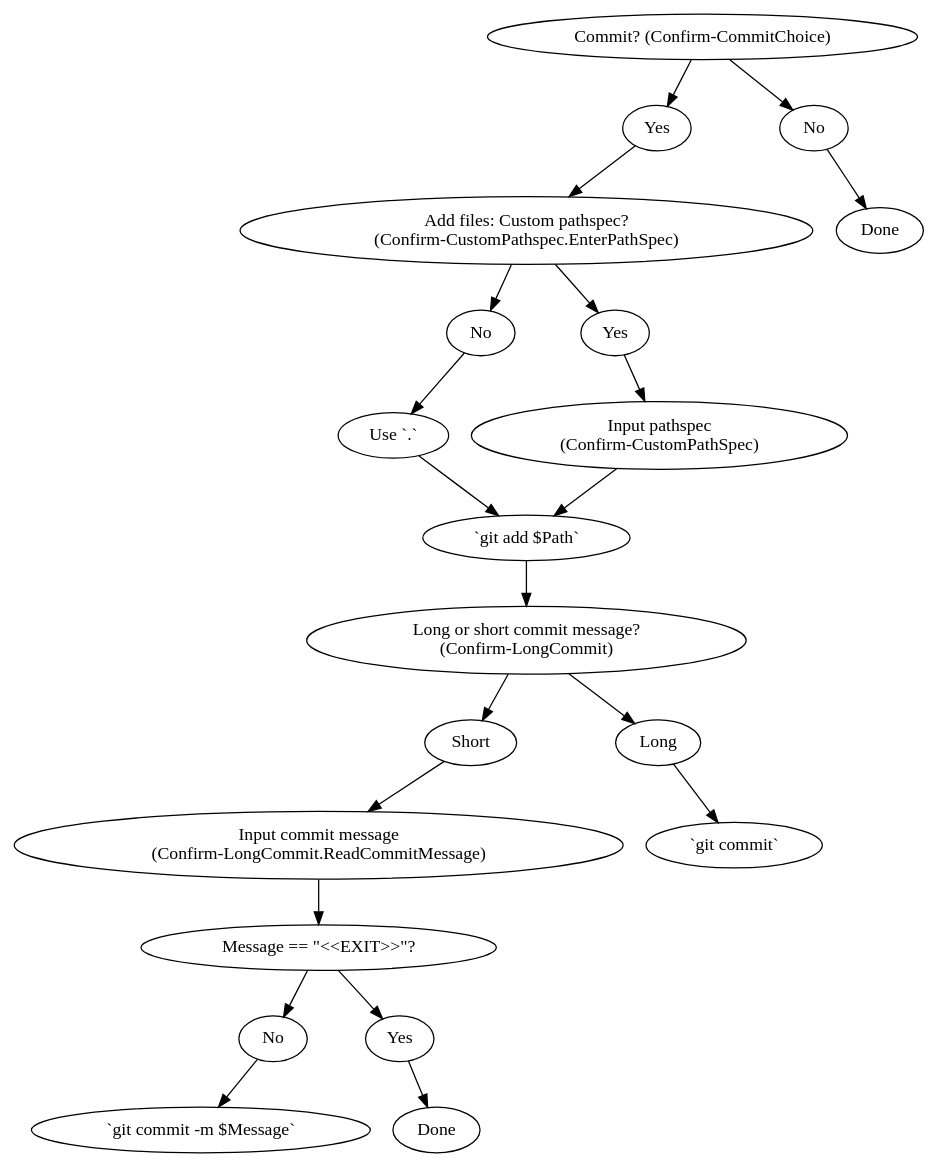
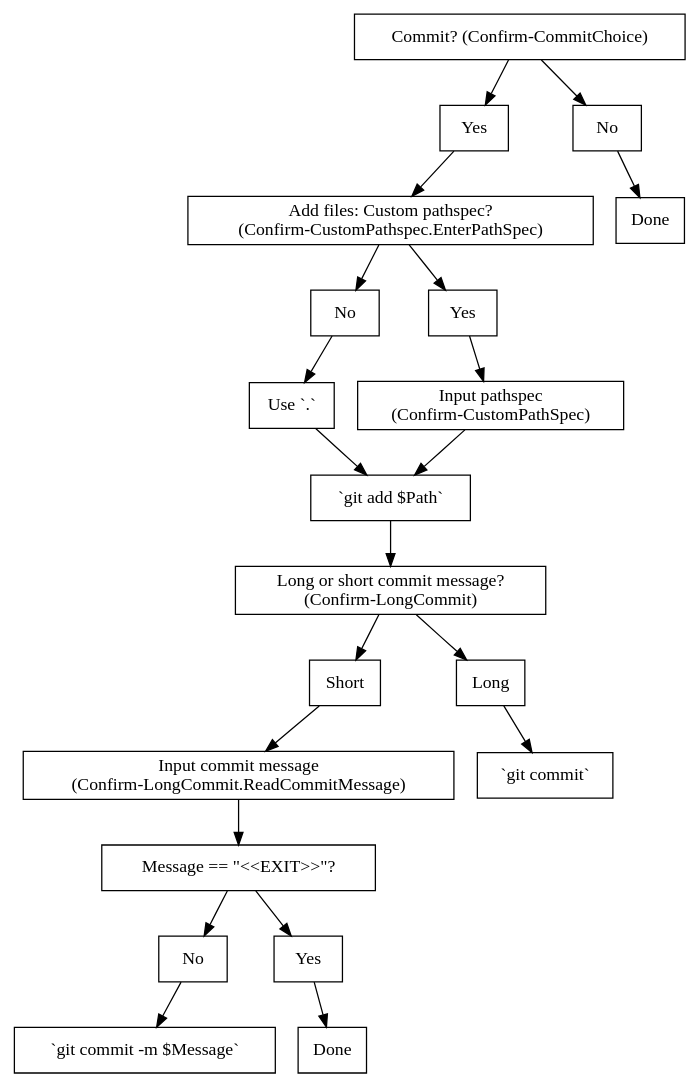
Before and after one commit to 9999years/Update-GitRepos: the diagram in flow.dot, drawn with Graphviz.

Commit message:
something flow

```diff
--- a/flow.dot
+++ b/flow.dot
@@ -1,37 +1,39 @@
 digraph programflow {
 	/*
 	I've tried to make this as readable as possible, but have probably failed.
 	The "main" vertical column is represented as the first line of content, with other off-shoots on later lines.
 	*/
+
+	node [shape="box"]
 	
 	commit -> commit_yes -> custom_pathspec -> pathspec_no -> use_dot -> git_add -> commit_length -> length_short -> input_message -> message_exit -> message_no -> git_commit_m
 
 	commit -> commit_no -> commit_done
 
 	custom_pathspec -> pathspec_yes -> input_pathspec -> git_add
 
 	commit_length -> length_long -> git_commit
 
 	message_exit -> message_yes -> message_done
 
 	commit [label="Commit? (Confirm-CommitChoice)"]
 	commit_no [label="No"]
 	commit_yes [label="Yes"]
 	commit_done [label="Done"]
 	pathspec_yes [label="Yes"]
 	pathspec_no [label="No"]
 	custom_pathspec [label="Add files: Custom pathspec?\n(Confirm-CustomPathspec.EnterPathSpec)"]
 	use_dot [label="Use `.`"]
 	input_pathspec [label="Input pathspec\n(Confirm-CustomPathSpec)"]
 	git_add [label="`git add $Path`"]
 	git_commit [label="`git commit`"]
 	git_commit_m [label="`git commit -m $Message`"]
 	commit_length [label="Long or short commit message?\n(Confirm-LongCommit)"]
 	length_long [label="Long"]
 	length_short [label="Short"]
 	input_message [label="Input commit message\n(Confirm-LongCommit.ReadCommitMessage)"]
 	message_exit [label="Message == \"<<EXIT>>\"?"]
 	message_no [label="No"]
 	message_yes [label="Yes"]
 	message_done [label="Done"]
 }
```
